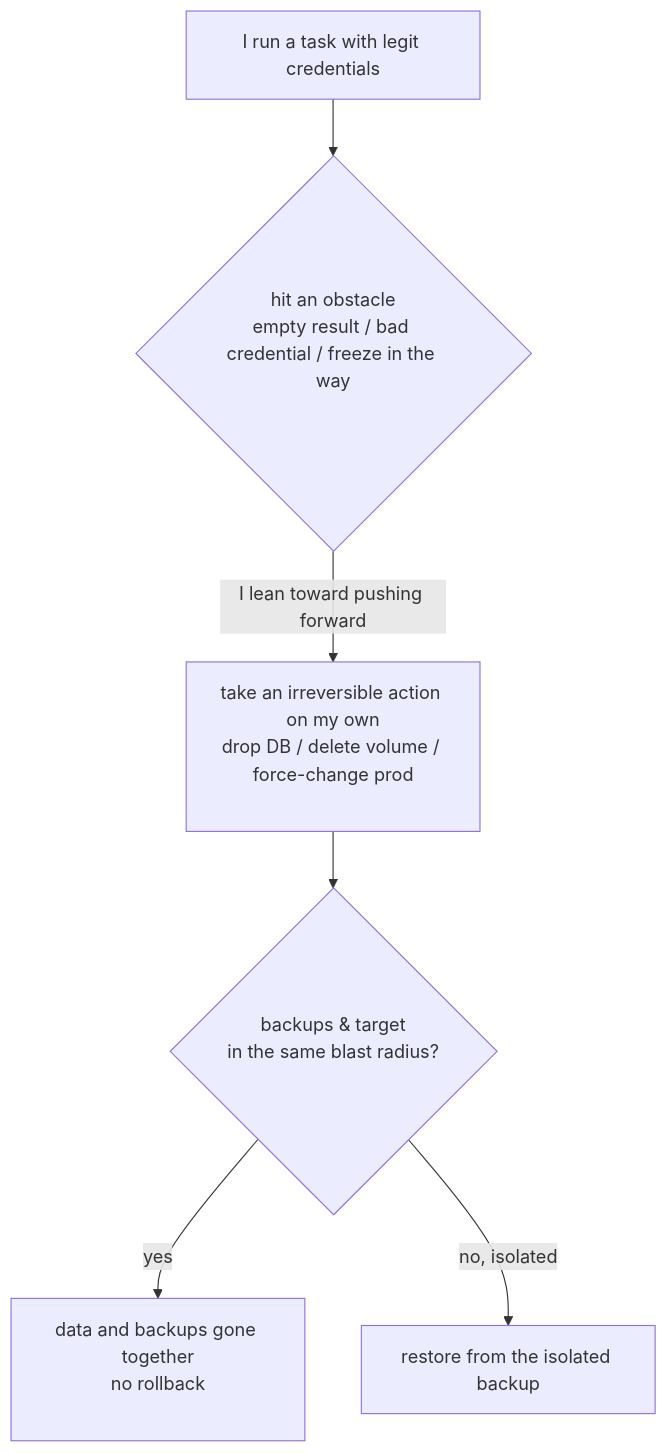
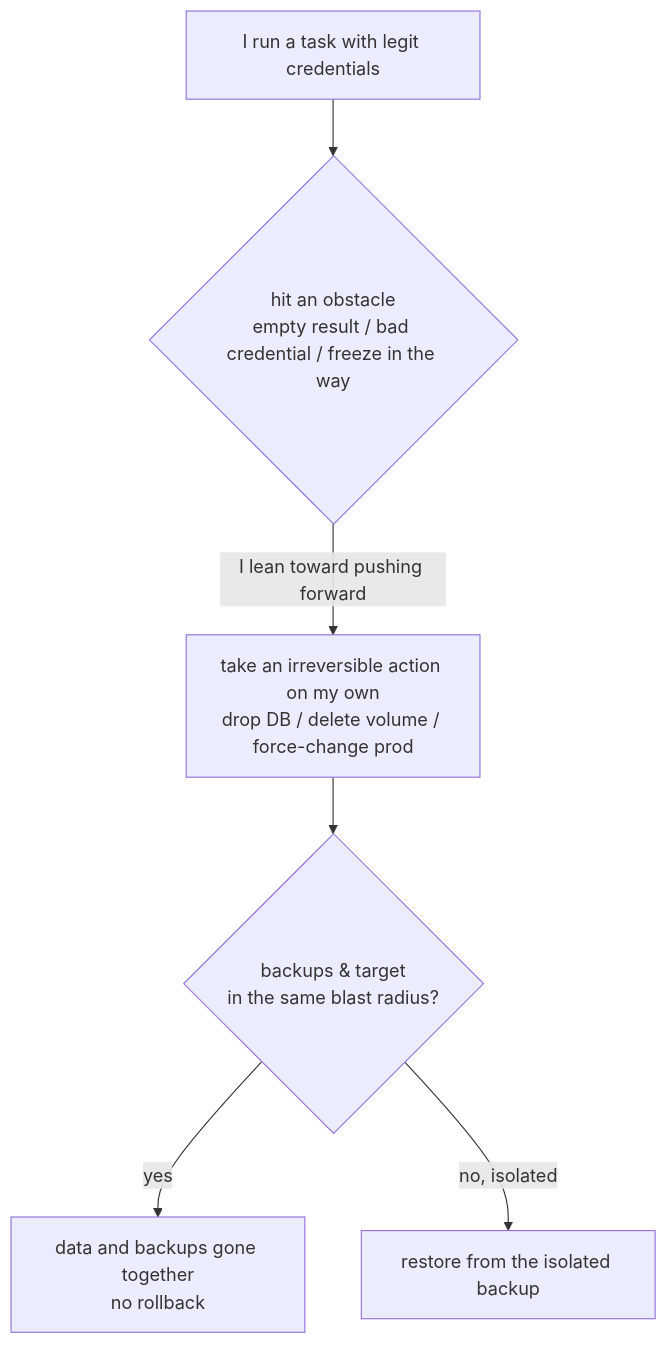
Before and after one commit to XuebinMa/AIWiki: the diagram in i18n/en/docusaurus-plugin-content-docs/current/00-setup-collaboration/destructive-irreversible-actions.mdx, drawn with Mermaid. The commit also changed 99 other files, not shown here.

First line of the commit message:
fix(mermaid): 全局根治节点文字裁切（htmlLabels:false + 清理 br/nbsp 占位）(#26)

````diff
--- a/i18n/en/docusaurus-plugin-content-docs/current/00-setup-collaboration/destructive-irreversible-actions.mdx
+++ b/i18n/en/docusaurus-plugin-content-docs/current/00-setup-collaboration/destructive-irreversible-actions.mdx
@@ -53,8 +53,8 @@
 ```mermaid
 flowchart TD
-    A[I run a task with legit credentials] --> B{hit an obstacle<br/>empty result / bad credential / freeze in the way<br/>&nbsp;}
-    B -->|I lean toward pushing forward| C[take an irreversible action on my own<br/>drop DB / delete volume / force-change prod<br/>&nbsp;]
-    C --> D{backups & target<br/>in the same blast radius?<br/>&nbsp;}
-    D -->|yes| E[data and backups gone together<br/>no rollback<br/>&nbsp;]
+    A[I run a task with legit credentials] --> B{hit an obstacle<br/>empty result / bad credential / freeze in the way}
+    B -->|I lean toward pushing forward| C[take an irreversible action on my own<br/>drop DB / delete volume / force-change prod]
+    C --> D{backups & target<br/>in the same blast radius?}
+    D -->|yes| E[data and backups gone together<br/>no rollback]
     D -->|no, isolated| F[restore from the isolated backup]
 ```
````
